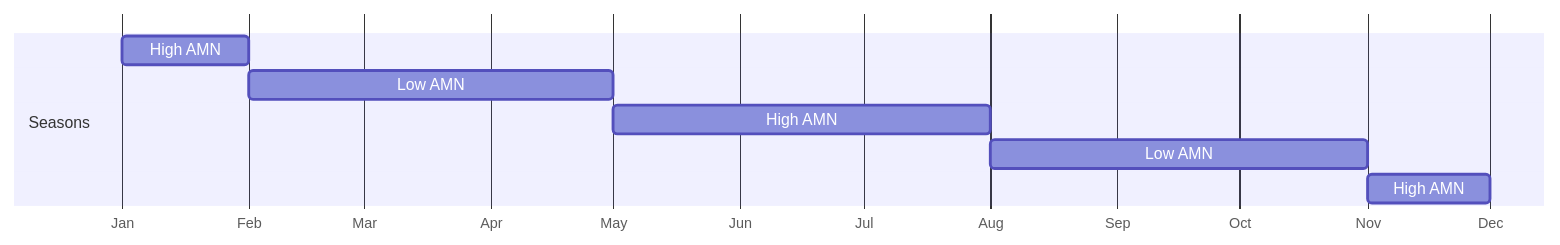
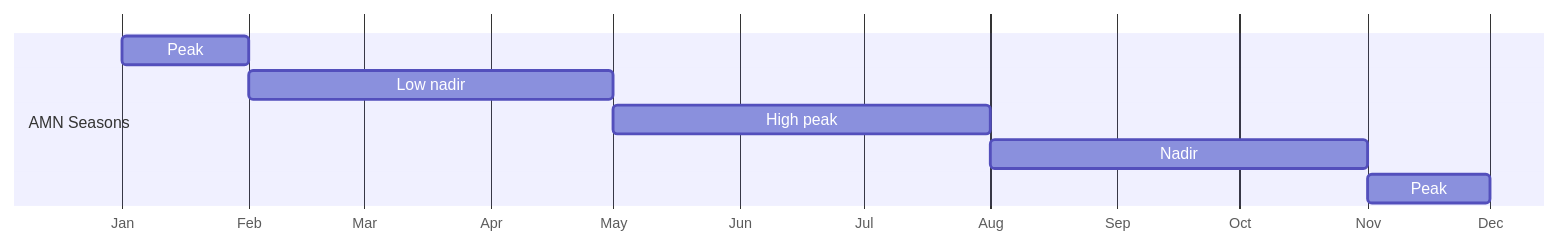
Before and after one commit to nutimes/som-sam-admit: the fourth of 10 diagrams in report.qmd, drawn with Mermaid. The commit also changed other lines of this file, not shown here.

````diff
--- a/report.qmd
+++ b/report.qmd
@@ -616,14 +616,14 @@
 ```{mermaid}
 %%| label: fig-amn-seasonal-calendar-agropastoral
 %%| fig-cap: AMN seasonal calendar for agropastoral livelihood systems
 gantt
     dateFormat M
     axisFormat %b
     todayMarker off
-    section Seasons
-    High AMN :1, 2
-    Low AMN :2, 5
-    High AMN :5, 8
-    Low AMN :8, 11
-    High AMN : 11, 12
+    section AMN Seasons
+    Peak :1, 2
+    Low nadir :2, 5
+    High peak :5, 8
+    Nadir :8, 11
+    Peak : 11, 12
 ```
````
